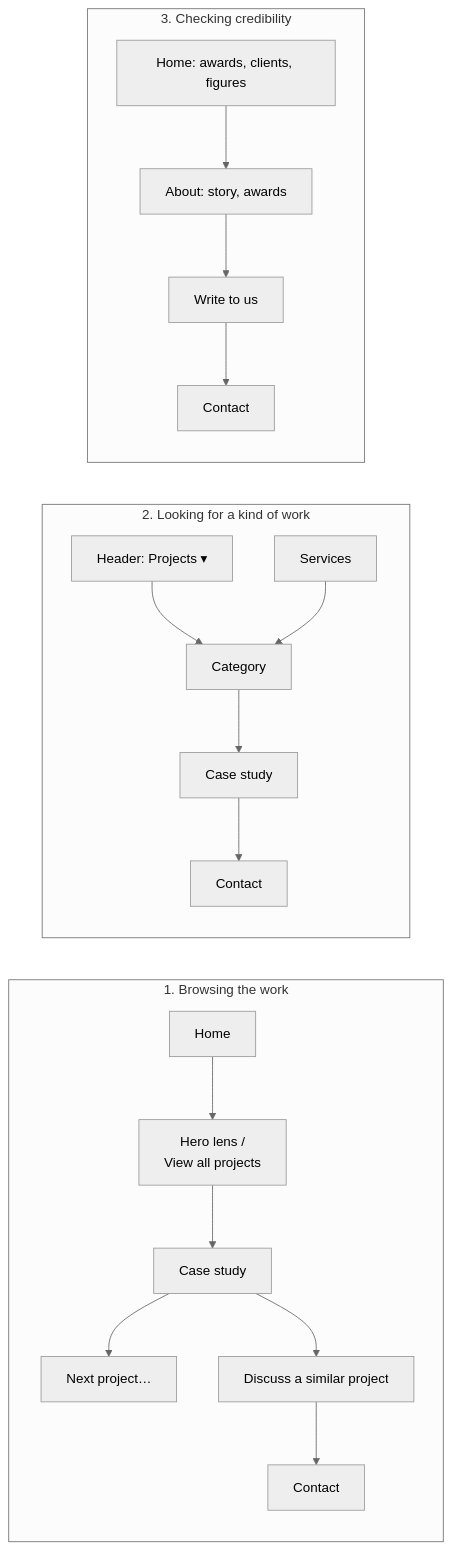
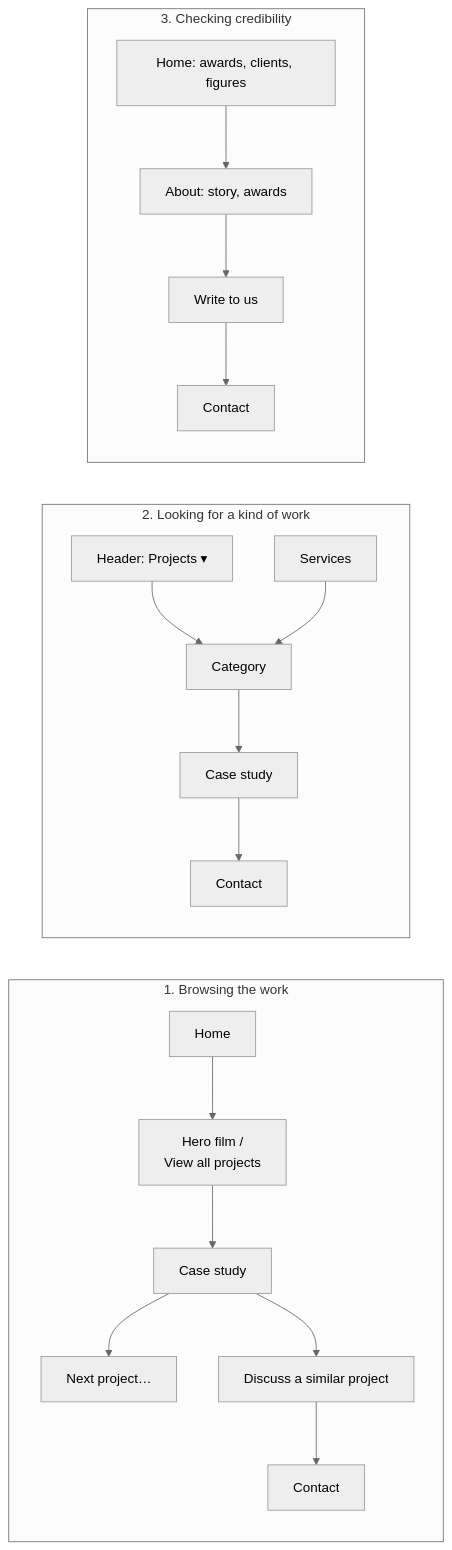
Before and after one commit to mingkey88/achates360-website: the second of 2 diagrams in docs/INFORMATION-ARCHITECTURE.md, drawn with Mermaid (neutral theme). The commit also changed other lines of this file and 13 other files, not shown here.

First line of the commit message:
Homepage hero: the showreel as a full-screen background film, after Aesop

````diff
--- a/docs/INFORMATION-ARCHITECTURE.md
+++ b/docs/INFORMATION-ARCHITECTURE.md
@@ -173,14 +173,14 @@
 ```mermaid
 flowchart LR
   subgraph J1 ["1. Browsing the work"]
-    a1["Home"] --> a2["Hero lens /<br/>View all projects"] --> a3["Case study"] --> a4["Next project…"]
+    a1["Home"] --> a2["Hero film /<br/>View all projects"] --> a3["Case study"] --> a4["Next project…"]
     a3 --> a5["Discuss a similar project"] --> a6["Contact"]
   end
   subgraph J2 ["2. Looking for a kind of work"]
     b1["Header: Projects ▾"] --> b2["Category"] --> b3["Case study"] --> b4["Contact"]
     b5["Services"] --> b2
   end
   subgraph J3 ["3. Checking credibility"]
     c1["Home: awards, clients, figures"] --> c2["About: story, awards"] --> c3["Write to us"] --> c4["Contact"]
   end
 ```
````
